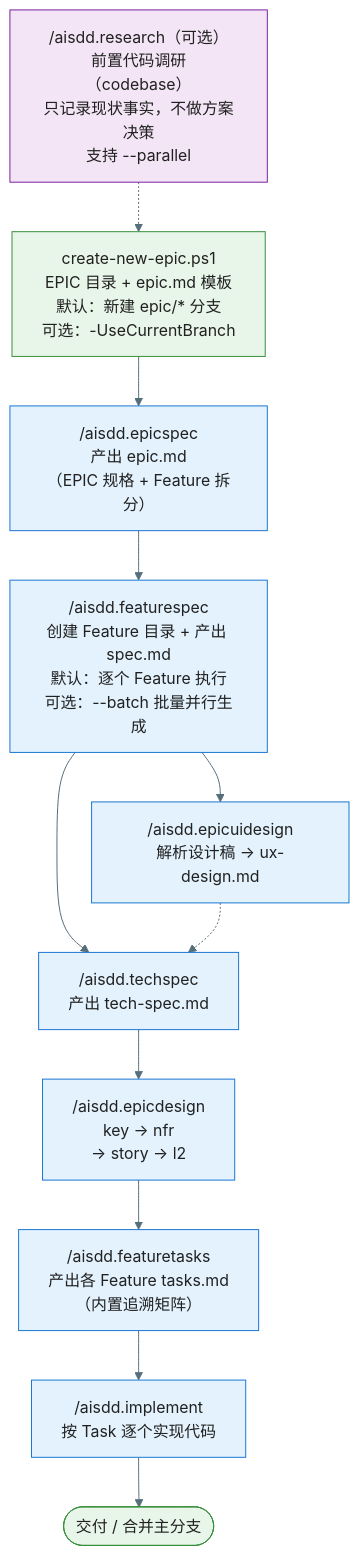
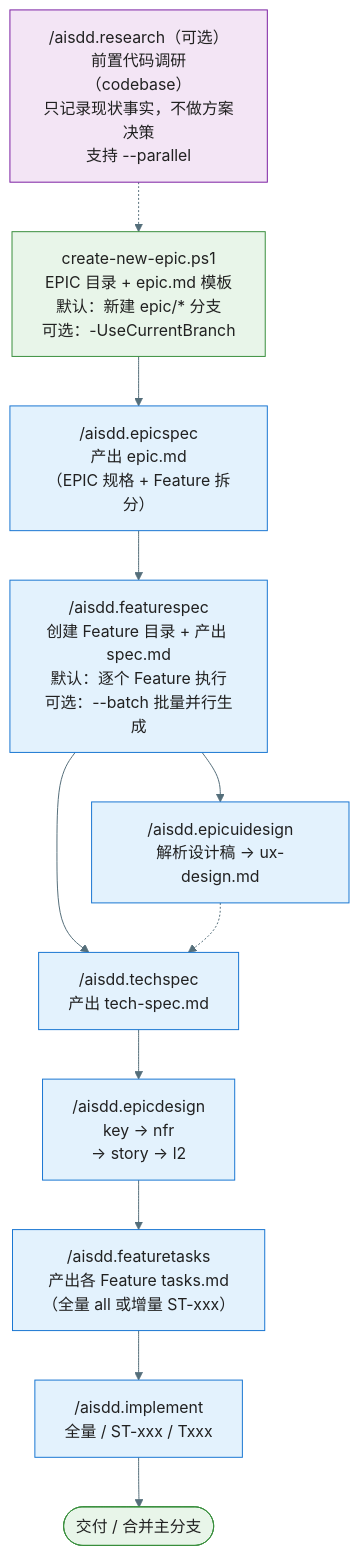
The third of 8 diagrams in docs/aisdd/workflow-overview.md (jackykarma/Verity), drawn with Mermaid before and after one commit. The commit also changed other lines of this file and 20 other files, not shown here.

First line of the commit message:
docs(AISDD): featuretasks 与 implement 支持范围参数

````diff
--- a/docs/aisdd/workflow-overview.md
+++ b/docs/aisdd/workflow-overview.md
@@ -154,18 +154,18 @@
 ```mermaid
 %%{init: {'theme': 'base', 'themeVariables': { 'primaryColor': '#E3F2FD', 'primaryTextColor': '#212121', 'primaryBorderColor': '#1976D2', 'lineColor': '#546E7A'}}}%%
 flowchart TD
     Step0["/aisdd.research（可选）<br/>前置代码调研（codebase）<br/>只记录现状事实，不做方案决策<br/>支持 --parallel"] -.-> Step1
     Step1["create-new-epic.ps1<br/>EPIC 目录 + epic.md 模板<br/>默认：新建 epic/* 分支<br/>可选：-UseCurrentBranch"] --> Step2["/aisdd.epicspec<br/>产出 epic.md<br/>（EPIC 规格 + Feature 拆分）"]
     Step2 --> Step3["/aisdd.featurespec<br/>创建 Feature 目录 + 产出 spec.md<br/>默认：逐个 Feature 执行<br/>可选：--batch 批量并行生成"]
     Step3 --> Step4["/aisdd.techspec<br/>产出 tech-spec.md"]
     Step3 --> Step5["/aisdd.epicuidesign<br/>解析设计稿 → ux-design.md"]
     Step5 -.-> Step4
     Step4 --> Step6["/aisdd.epicdesign<br/>key → nfr<br/>→ story → l2"]
-    Step6 --> Step7["/aisdd.featuretasks<br/>产出各 Feature tasks.md<br/>（内置追溯矩阵）"]
-    Step7 --> Step8["/aisdd.implement<br/>按 Task 逐个实现代码"]
+    Step6 --> Step7["/aisdd.featuretasks<br/>产出各 Feature tasks.md<br/>（全量 all 或增量 ST-xxx）"]
+    Step7 --> Step8["/aisdd.implement<br/>全量 / ST-xxx / Txxx"]
     Step8 --> Step9([交付 / 合并主分支])
 
     style Step0 fill:#F3E5F5,stroke:#7B1FA2
     style Step1 fill:#E8F5E9,stroke:#388E3C
     style Step9 fill:#E8F5E9,stroke:#388E3C
 ```
````
